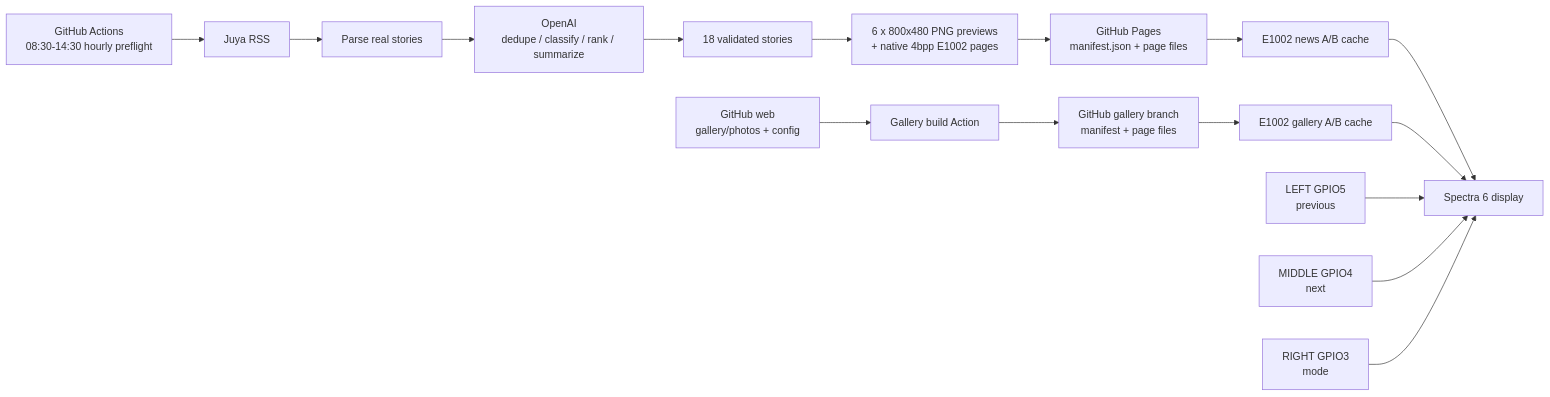
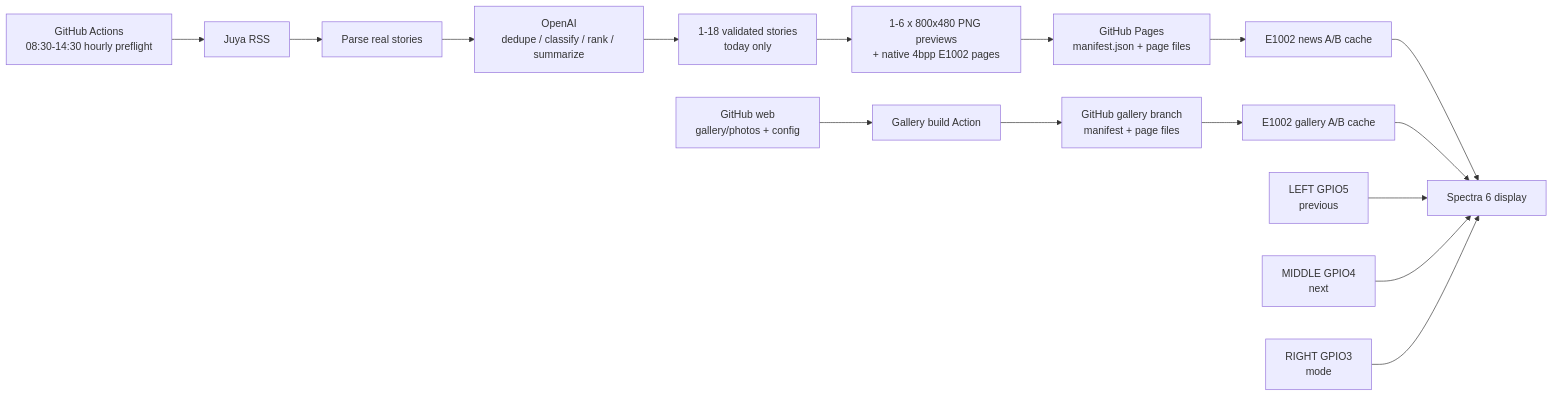
One commit to hunter118/e1002-ai-news changed the diagram in README.md. Above: the diagram before and after it, drawn with Mermaid. The commit also changed other lines of this file and 12 other files, not shown here.

````diff
--- a/README.md
+++ b/README.md
@@ -7,18 +7,18 @@
 ```mermaid
 flowchart LR
     A[GitHub Actions<br>08:30-14:30 hourly preflight] --> B[Juya RSS]
     B --> C[Parse real stories]
     C --> D[OpenAI<br>dedupe / classify / rank / summarize]
-    D --> E[18 validated stories]
-    E --> F[6 x 800x480 PNG previews<br>+ native 4bpp E1002 pages]
+    D --> E[1-18 validated stories<br>today only]
+    E --> F[1-6 x 800x480 PNG previews<br>+ native 4bpp E1002 pages]
     F --> G[GitHub Pages<br>manifest.json + page files]
     G --> H[E1002 news A/B cache]
     J[GitHub web<br>gallery/photos + config] --> K[Gallery build Action]
     K --> P[GitHub gallery branch<br>manifest + page files]
     P --> L[E1002 gallery A/B cache]
     H --> I[Spectra 6 display]
     L --> I
     M[LEFT GPIO5<br>previous] --> I
     N[MIDDLE GPIO4<br>next] --> I
     O[RIGHT GPIO3<br>mode] --> I
 ```
````
